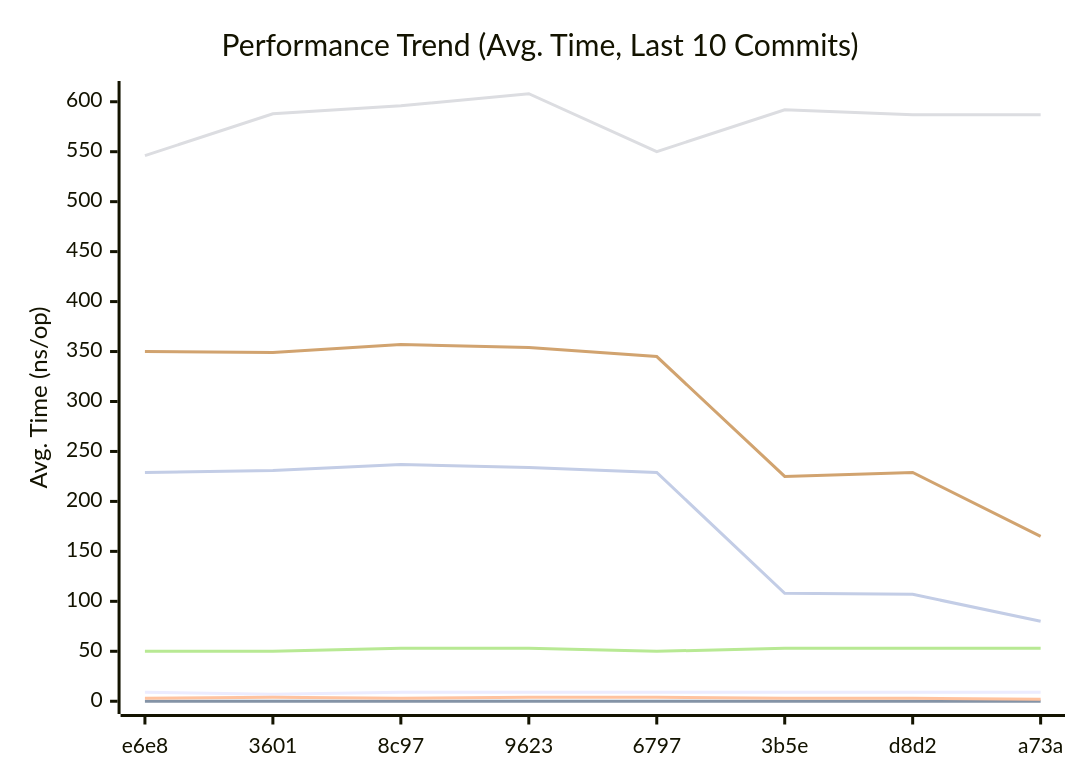
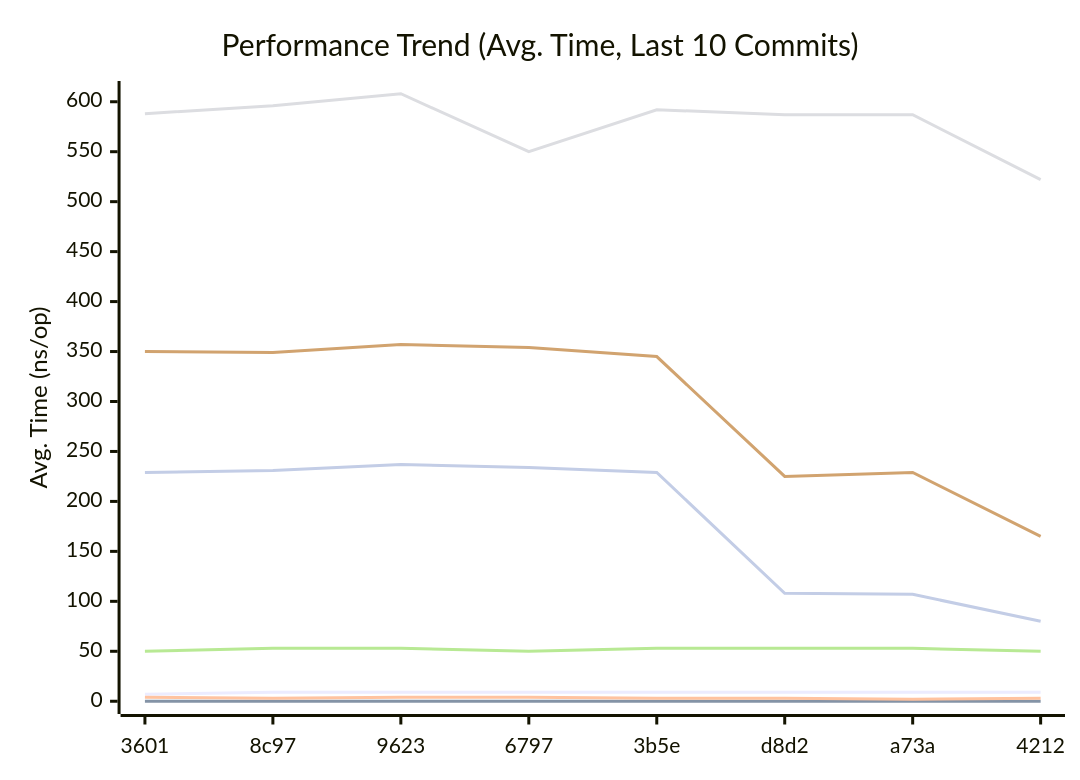
One commit to alsotoes/momo changed the first of 3 diagrams in docs/README.md. Above: the diagram before and after it, drawn with Mermaid. The commit also changed other lines of this file and 1 other file, not shown here.

````diff
--- a/docs/README.md
+++ b/docs/README.md
@@ -303,14 +303,14 @@
 ```mermaid
 xychart-beta
     title "Performance Trend (Avg. Time, Last 10 Commits)"
     x-axis "Commit"
     y-axis "Avg. Time (ns/op)"
-    x-axis [e6e8,3601,8c97,9623,6797,3b5e,d8d2,a73a]
-    line "CheckMetricsAndSwap" [9,7,9,9,9,9,9,9,9,9]
+    x-axis [3601,8c97,9623,6797,3b5e,d8d2,a73a,4212]
+    line "CheckMetricsAndSwap" [7,9,9,9,9,9,9,9,9,7]
     line "IndexDirectTracking" [0,0,0,0,0,0,0,0,0,0]
-    line "IndexSearch" [3,4,3,4,4,3,3,2,3,3]
-    line "LoadGlobalConfig" [546,588,596,608,550,592,587,587,522,529]
-    line "PadString" [50,50,53,53,50,53,53,53,50,50]
+    line "IndexSearch" [4,3,4,4,3,3,2,3,3,2]
+    line "LoadGlobalConfig" [588,596,608,550,592,587,587,522,529,427]
+    line "PadString" [50,53,53,50,53,53,53,50,50,40]
     line "ParseReplicationOrder_NoPrealloc" [350,349,357,354,345,225,229,165,232,234]
     line "ParseReplicationOrder_Prealloc" [229,231,237,234,229,108,107,80,110,109]
 ```
````
